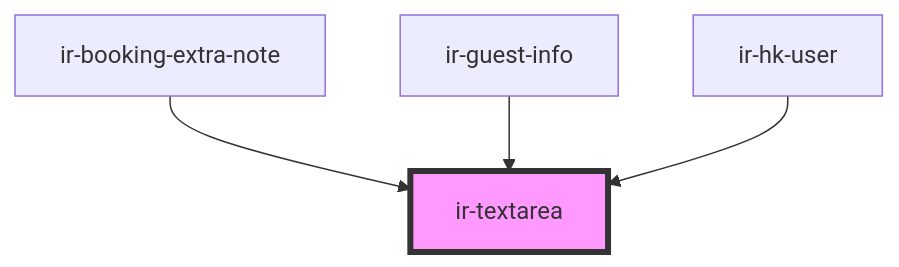
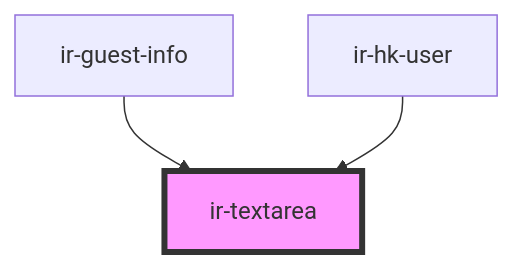
Before and after one commit to David1Chowaifaty/modified-ir-webcmp: the diagram in src/components/ui/ir-textarea/readme.md, drawn with Mermaid. The commit also changed other lines of this file and 77 other files, not shown here.

````diff
--- a/src/components/ui/ir-textarea/readme.md
+++ b/src/components/ui/ir-textarea/readme.md
@@ -42,7 +41,6 @@
 ```mermaid
 graph TD;
-  ir-booking-extra-note --> ir-textarea
   ir-guest-info --> ir-textarea
   ir-hk-user --> ir-textarea
   style ir-textarea fill:#f9f,stroke:#333,stroke-width:4px
 ```
````
